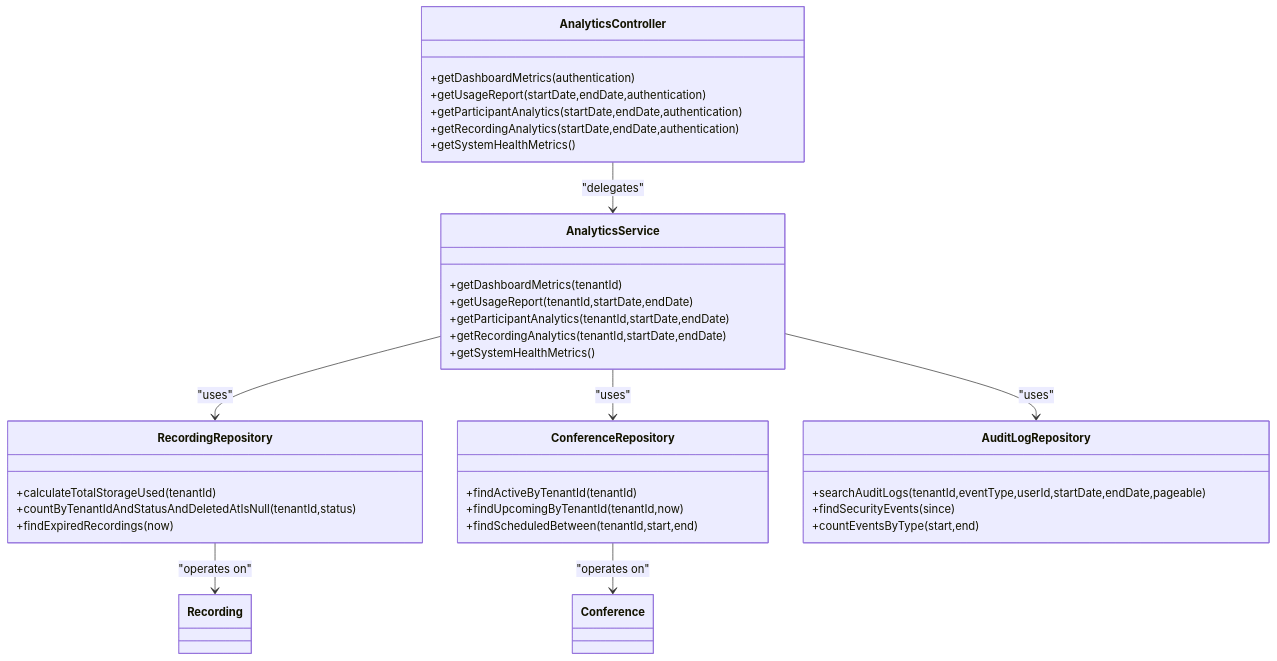
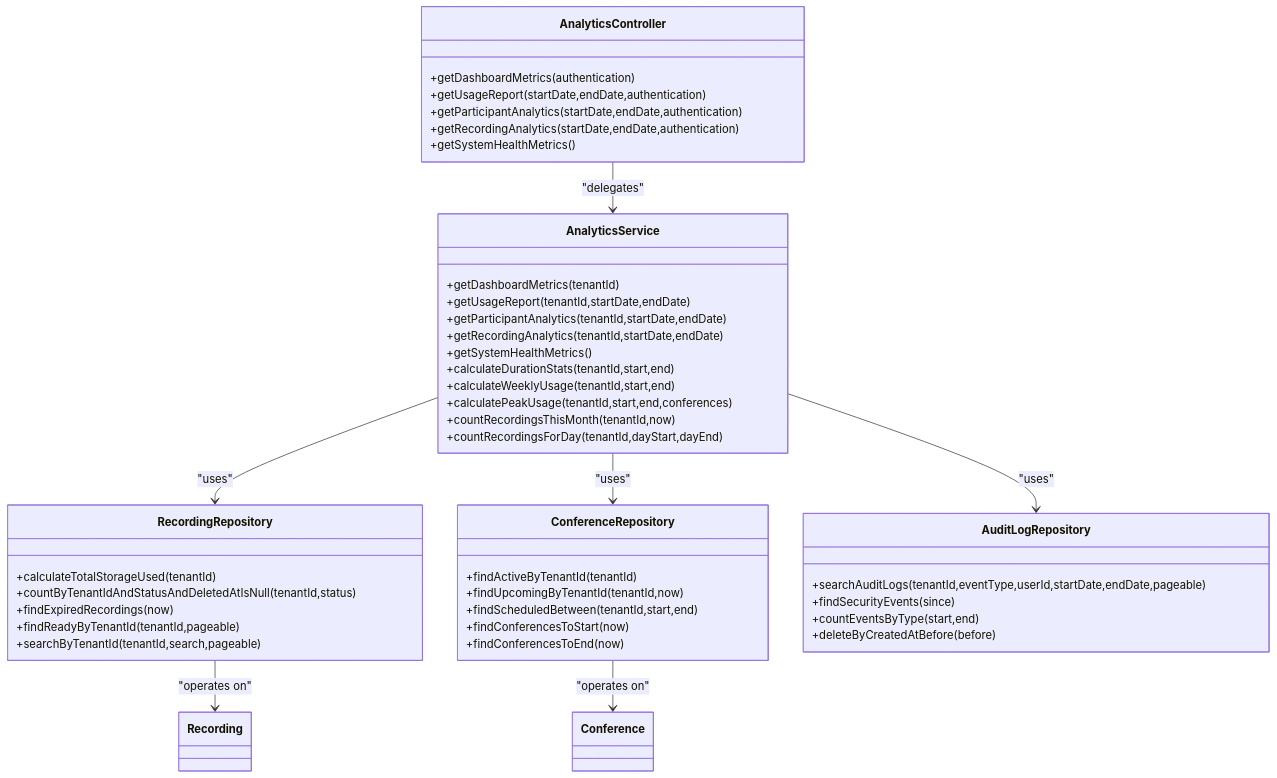
Before and after one commit to Vostrikov2014/vks-qoder: the third of 3 diagrams in .qoder/repowiki/en/content/Backend Modules/API Layer/Analytics and Reporting Controller.md, drawn with Mermaid. The commit also changed other lines of this file and 5 other files, not shown here.

````diff
--- a/.qoder/repowiki/en/content/Backend Modules/API Layer/Analytics and Reporting Controller.md
+++ b/.qoder/repowiki/en/content/Backend Modules/API Layer/Analytics and Reporting Controller.md
@@ -276,40 +316,50 @@
 ```mermaid
 classDiagram
 class AnalyticsController {
 +getDashboardMetrics(authentication)
 +getUsageReport(startDate,endDate,authentication)
 +getParticipantAnalytics(startDate,endDate,authentication)
 +getRecordingAnalytics(startDate,endDate,authentication)
 +getSystemHealthMetrics()
 }
 class AnalyticsService {
 +getDashboardMetrics(tenantId)
 +getUsageReport(tenantId,startDate,endDate)
 +getParticipantAnalytics(tenantId,startDate,endDate)
 +getRecordingAnalytics(tenantId,startDate,endDate)
 +getSystemHealthMetrics()
++calculateDurationStats(tenantId,start,end)
++calculateWeeklyUsage(tenantId,start,end)
++calculatePeakUsage(tenantId,start,end,conferences)
++countRecordingsThisMonth(tenantId,now)
++countRecordingsForDay(tenantId,dayStart,dayEnd)
 }
 class RecordingRepository {
 +calculateTotalStorageUsed(tenantId)
 +countByTenantIdAndStatusAndDeletedAtIsNull(tenantId,status)
 +findExpiredRecordings(now)
++findReadyByTenantId(tenantId,pageable)
++searchByTenantId(tenantId,search,pageable)
 }
 class ConferenceRepository {
 +findActiveByTenantId(tenantId)
 +findUpcomingByTenantId(tenantId,now)
 +findScheduledBetween(tenantId,start,end)
++findConferencesToStart(now)
++findConferencesToEnd(now)
 }
 class AuditLogRepository {
 +searchAuditLogs(tenantId,eventType,userId,startDate,endDate,pageable)
 +findSecurityEvents(since)
 +countEventsByType(start,end)
++deleteByCreatedAtBefore(before)
 }
 class Recording
 class Conference
 AnalyticsController --> AnalyticsService : "delegates"
 AnalyticsService --> RecordingRepository : "uses"
 AnalyticsService --> ConferenceRepository : "uses"
 AnalyticsService --> AuditLogRepository : "uses"
 RecordingRepository --> Recording : "operates on"
 ConferenceRepository --> Conference : "operates on"
 ```
````
